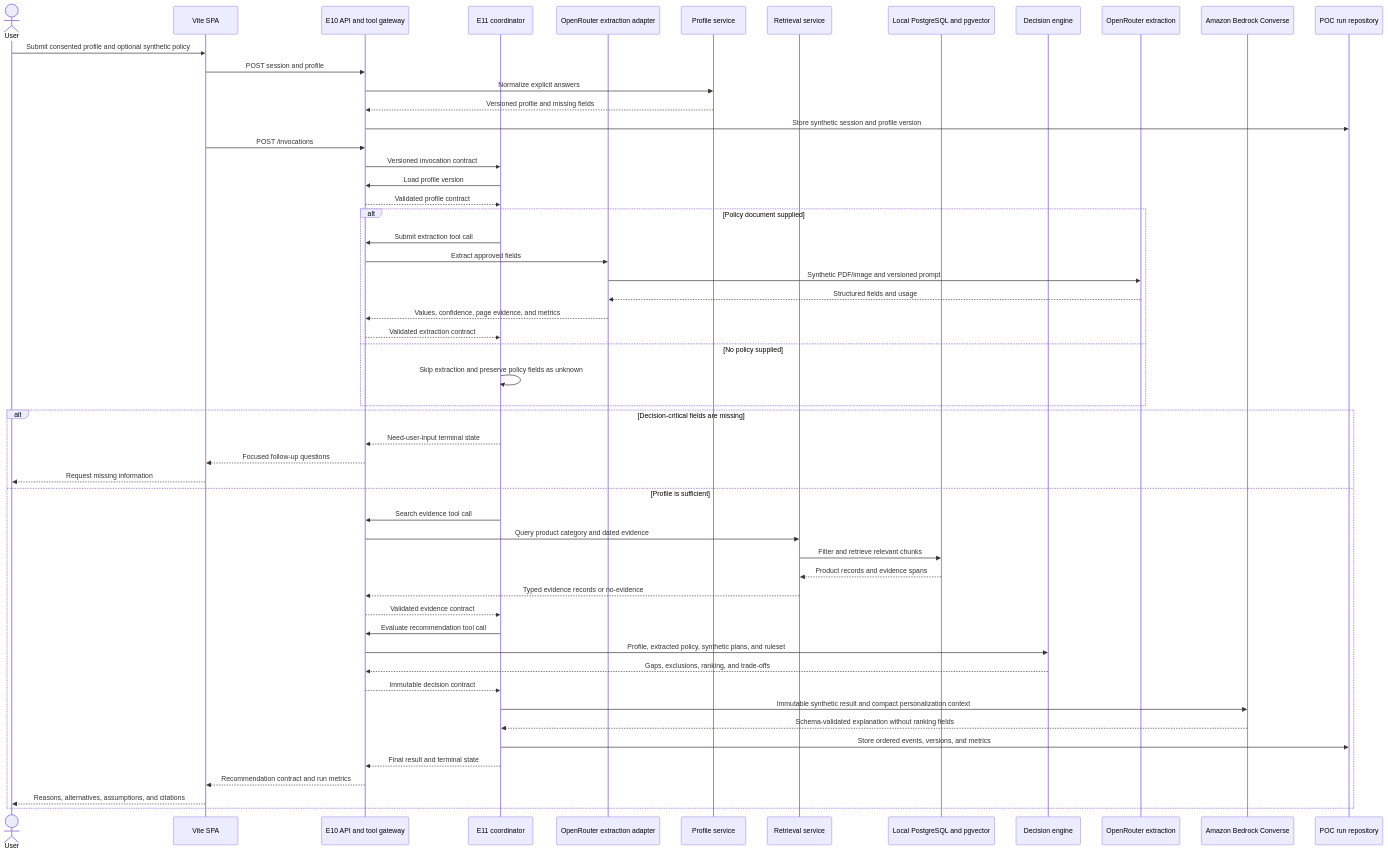
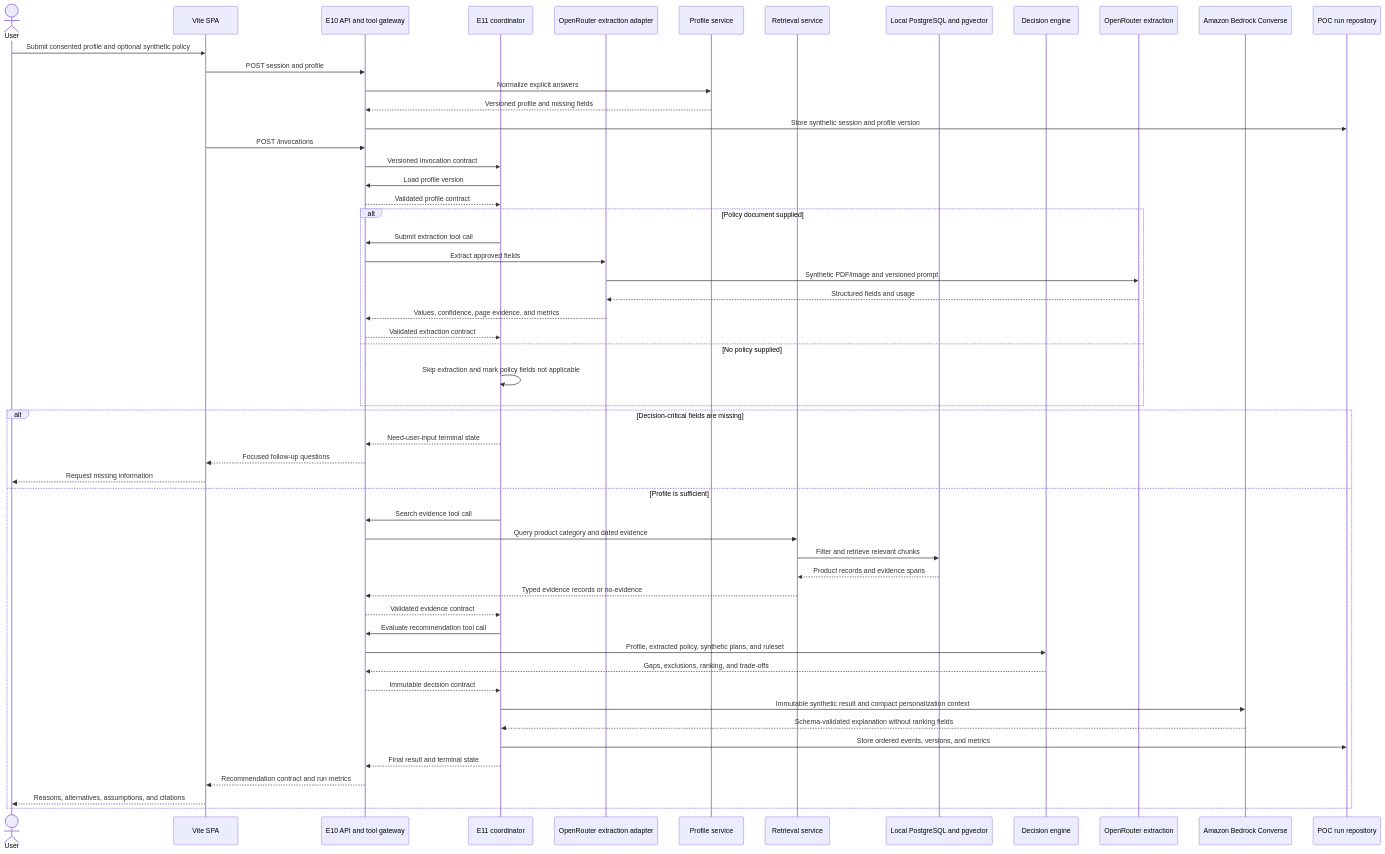
Before and after one commit to dgxy2002/sn-hackathon: the fourth of 5 diagrams in docs/diagrams/sequence.md, drawn with Mermaid. The commit also changed other lines of this file and 31 other files, not shown here.

````diff
--- a/docs/diagrams/sequence.md
+++ b/docs/diagrams/sequence.md
@@ -111,58 +111,58 @@
 ```mermaid
 sequenceDiagram
     actor User
     participant SPA as Vite SPA
     participant API as E10 API and tool gateway
     participant Coordinator as E11 coordinator
     participant Extract as OpenRouter extraction adapter
     participant Profile as Profile service
     participant RAG as Retrieval service
     participant DB as Local PostgreSQL and pgvector
     participant Rules as Decision engine
     participant OpenRouter as OpenRouter extraction
     participant Bedrock as Amazon Bedrock Converse
     participant Runs as POC run repository
 
     User->>SPA: Submit consented profile and optional synthetic policy
     SPA->>API: POST session and profile
     API->>Profile: Normalize explicit answers
     Profile-->>API: Versioned profile and missing fields
     API->>Runs: Store synthetic session and profile version
     SPA->>API: POST /invocations
     API->>Coordinator: Versioned invocation contract
     Coordinator->>API: Load profile version
     API-->>Coordinator: Validated profile contract
     alt Policy document supplied
         Coordinator->>API: Submit extraction tool call
         API->>Extract: Extract approved fields
         Extract->>OpenRouter: Synthetic PDF/image and versioned prompt
         OpenRouter-->>Extract: Structured fields and usage
         Extract-->>API: Values, confidence, page evidence, and metrics
         API-->>Coordinator: Validated extraction contract
     else No policy supplied
-        Coordinator->>Coordinator: Skip extraction and preserve policy fields as unknown
+        Coordinator->>Coordinator: Skip extraction and mark policy fields not applicable
     end
 
     alt Decision-critical fields are missing
         Coordinator-->>API: Need-user-input terminal state
         API-->>SPA: Focused follow-up questions
         SPA-->>User: Request missing information
     else Profile is sufficient
         Coordinator->>API: Search evidence tool call
         API->>RAG: Query product category and dated evidence
         RAG->>DB: Filter and retrieve relevant chunks
         DB-->>RAG: Product records and evidence spans
         RAG-->>API: Typed evidence records or no-evidence
         API-->>Coordinator: Validated evidence contract
         Coordinator->>API: Evaluate recommendation tool call
         API->>Rules: Profile, extracted policy, synthetic plans, and ruleset
         Rules-->>API: Gaps, exclusions, ranking, and trade-offs
         API-->>Coordinator: Immutable decision contract
         Coordinator->>Bedrock: Immutable synthetic result and compact personalization context
         Bedrock-->>Coordinator: Schema-validated explanation without ranking fields
         Coordinator->>Runs: Store ordered events, versions, and metrics
         Coordinator-->>API: Final result and terminal state
         API-->>SPA: Recommendation contract and run metrics
         SPA-->>User: Reasons, alternatives, assumptions, and citations
     end
 ```
````
